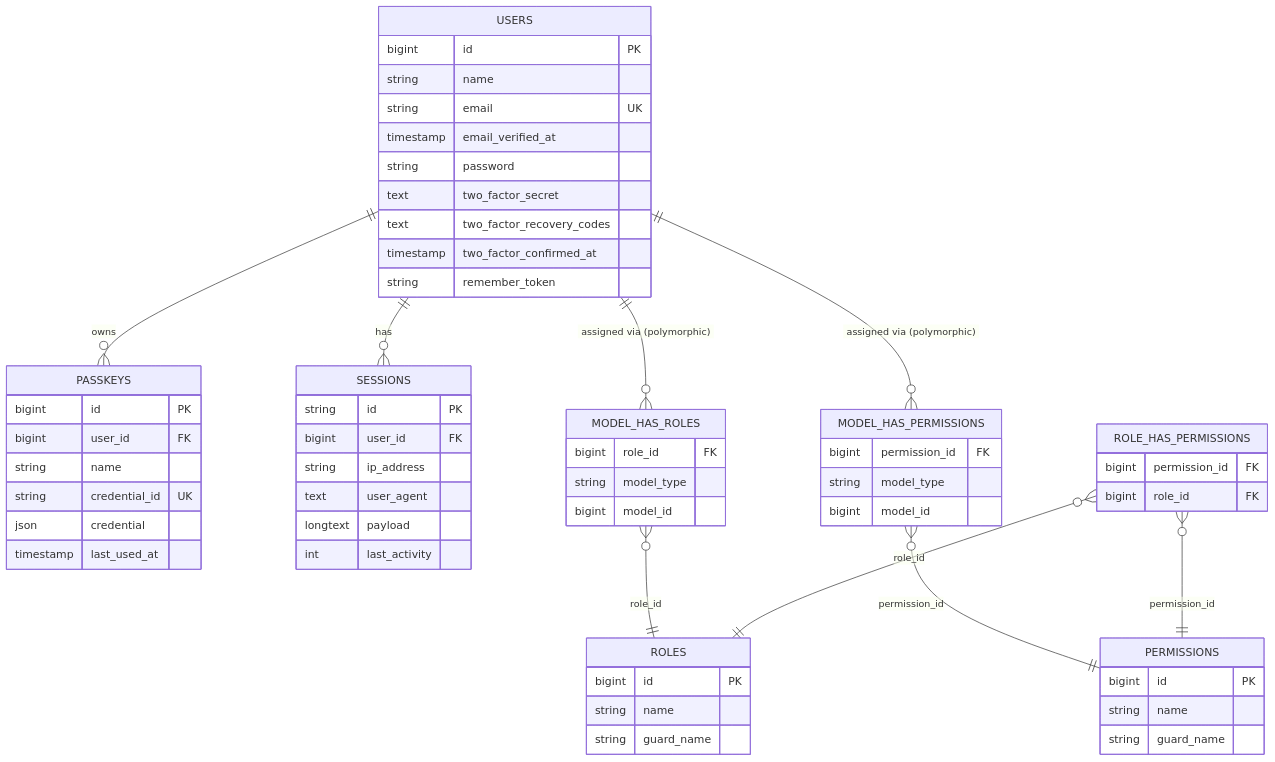
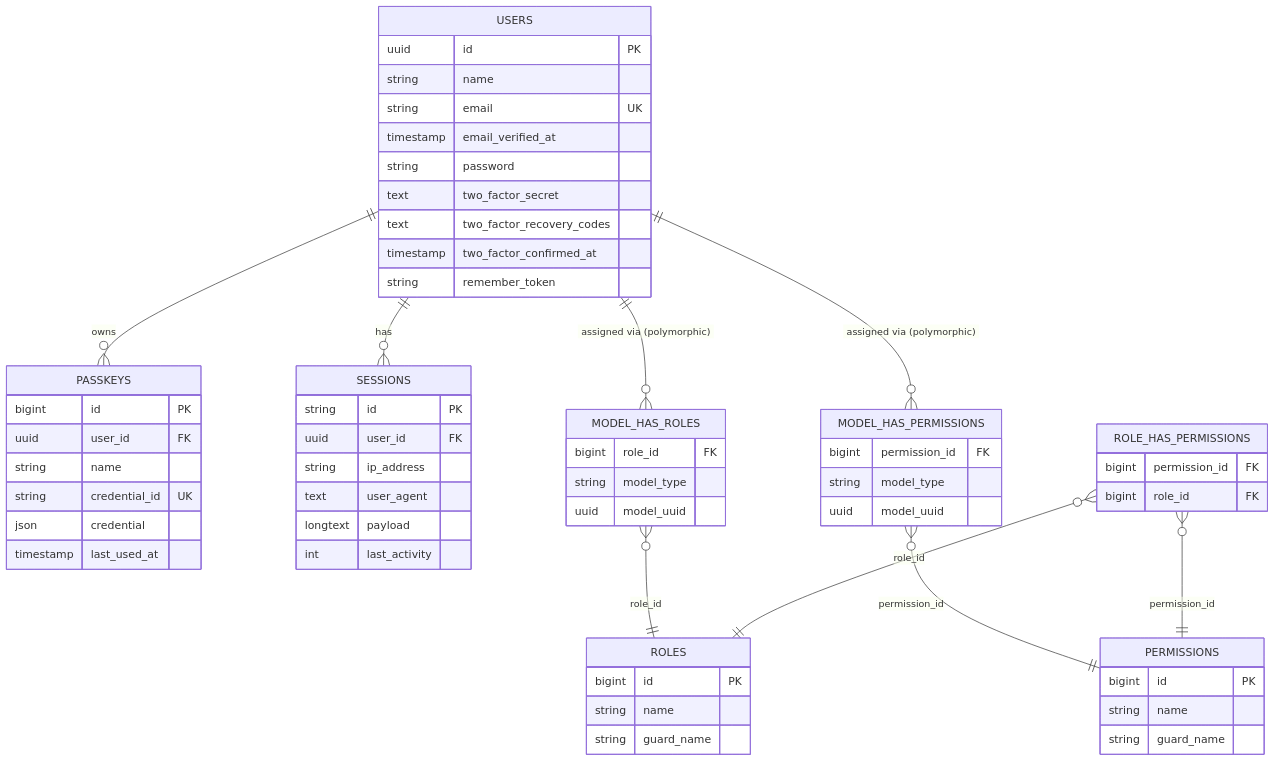
Before and after one commit to LIDR-academy/AI4Devs-finalproject: the diagram in arospe/docs/database/schema.md, drawn with Mermaid. The commit also changed other lines of this file and 168 other files, not shown here.

````diff
--- a/arospe/docs/database/schema.md
+++ b/arospe/docs/database/schema.md
@@ -14,63 +14,63 @@
 ```mermaid
 erDiagram
     USERS ||--o{ PASSKEYS : owns
     USERS ||--o{ SESSIONS : has
     USERS ||--o{ MODEL_HAS_ROLES : "assigned via (polymorphic)"
     USERS ||--o{ MODEL_HAS_PERMISSIONS : "assigned via (polymorphic)"
     MODEL_HAS_ROLES }o--|| ROLES : role_id
     MODEL_HAS_PERMISSIONS }o--|| PERMISSIONS : permission_id
     ROLE_HAS_PERMISSIONS }o--|| ROLES : role_id
     ROLE_HAS_PERMISSIONS }o--|| PERMISSIONS : permission_id
 
     USERS {
-        bigint id PK
+        uuid id PK
         string name
         string email UK
         timestamp email_verified_at
         string password
         text two_factor_secret
         text two_factor_recovery_codes
         timestamp two_factor_confirmed_at
         string remember_token
     }
     PASSKEYS {
         bigint id PK
-        bigint user_id FK
+        uuid user_id FK
         string name
         string credential_id UK
         json credential
         timestamp last_used_at
     }
     SESSIONS {
         string id PK
-        bigint user_id FK
+        uuid user_id FK
         string ip_address
         text user_agent
         longtext payload
         int last_activity
     }
     ROLES {
         bigint id PK
         string name
         string guard_name
     }
     PERMISSIONS {
         bigint id PK
         string name
         string guard_name
     }
     MODEL_HAS_ROLES {
         bigint role_id FK
         string model_type
-        bigint model_id
+        uuid model_uuid
     }
     MODEL_HAS_PERMISSIONS {
         bigint permission_id FK
         string model_type
-        bigint model_id
+        uuid model_uuid
     }
     ROLE_HAS_PERMISSIONS {
         bigint permission_id FK
         bigint role_id FK
     }
 ```
````
